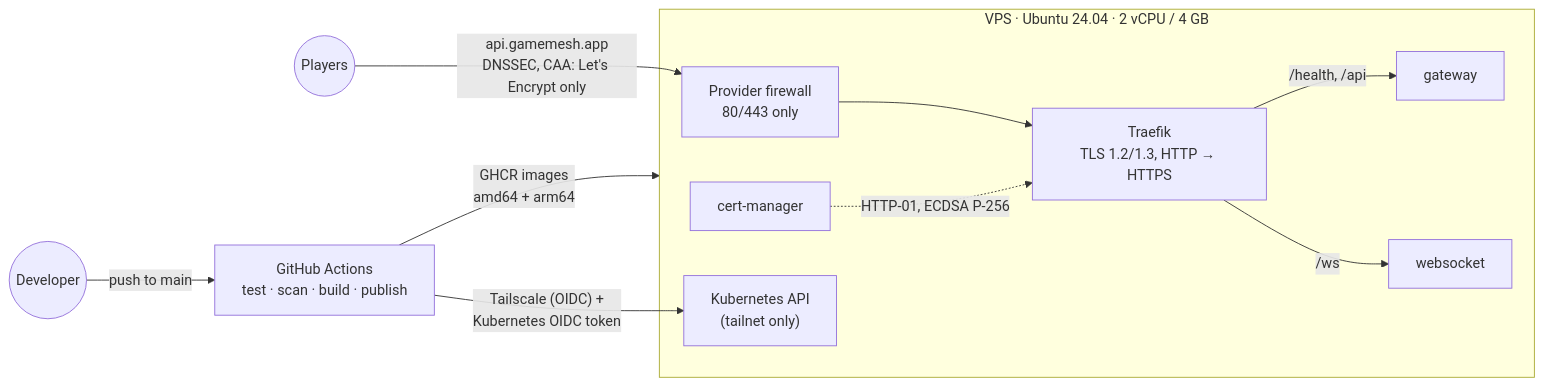
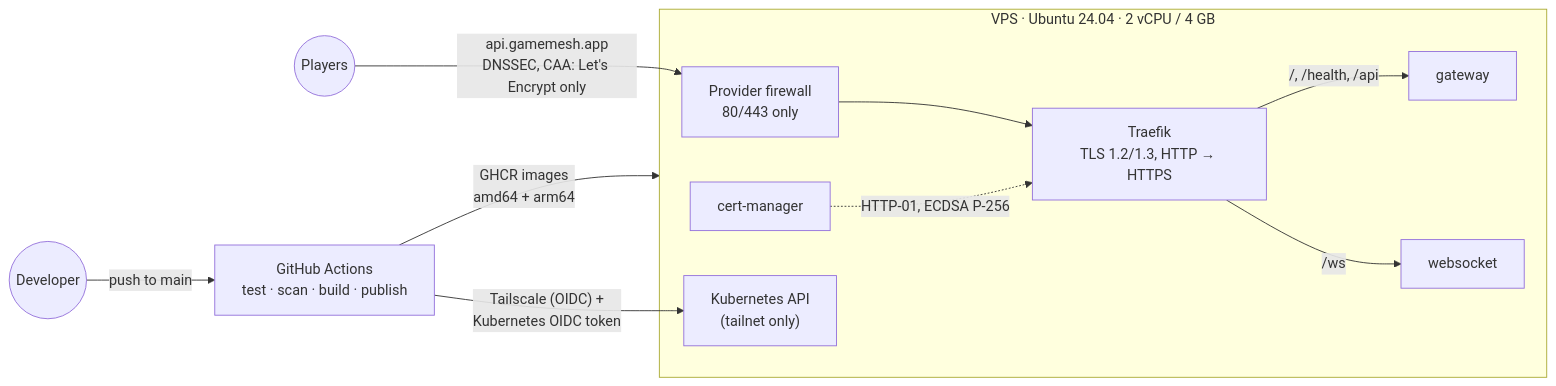
The third of 3 diagrams in README.md (AlpNuhoglu/gamemesh), drawn with Mermaid before and after one commit. The commit also changed other lines of this file and 9 other files, not shown here.

````diff
--- a/README.md
+++ b/README.md
@@ -168,14 +168,14 @@
 ```mermaid
 flowchart LR
     U(("Players")) -->|"api.gamemesh.app<br/>DNSSEC, CAA: Let's Encrypt only"| FW
     subgraph VPS["VPS · Ubuntu 24.04 · 2 vCPU / 4 GB"]
         FW["Provider firewall<br/>80/443 only"] --> TR["Traefik<br/>TLS 1.2/1.3, HTTP → HTTPS"]
-        TR -->|"/health, /api"| GWp["gateway"]
+        TR -->|"/, /health, /api"| GWp["gateway"]
         TR -->|"/ws"| WSp["websocket"]
         CM["cert-manager"] -. "HTTP-01, ECDSA P-256" .-> TR
         API["Kubernetes API<br/>(tailnet only)"]
     end
     Dev(("Developer")) -->|push to main| GHA["GitHub Actions<br/>test · scan · build · publish"]
     GHA -->|"GHCR images<br/>amd64 + arm64"| VPS
     GHA -->|"Tailscale (OIDC) +<br/>Kubernetes OIDC token"| API
 ```
````
